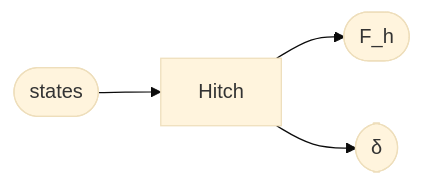
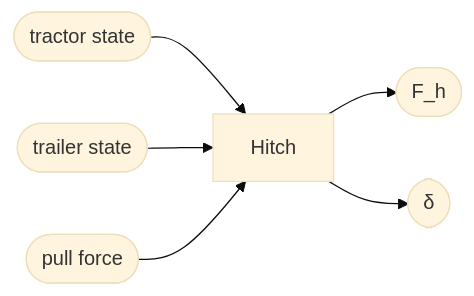
One commit to MelkorBalrog/VDSS---Vehicle-Dynamics-Safety-Simulator changed the tenth of 27 diagrams in README.md. Above: the diagram before and after it, drawn with Mermaid (base theme). The commit also changed other lines of this file, not shown here.

Commit message:
docs: clarify suspension and hitch inputs

````diff
--- a/README.md
+++ b/README.md
@@ -317,7 +329,11 @@
 ```mermaid
 flowchart LR
-  states(["states"])
-  states --> Hitch
+  tractorState(["tractor state"])
+  trailerState(["trailer state"])
+  pullForce(["pull force"])
+  tractorState --> Hitch
+  trailerState --> Hitch
+  pullForce --> Hitch
   Hitch --> F_h(["F_h"])
   Hitch --> delta(["δ"])
 ```
````
